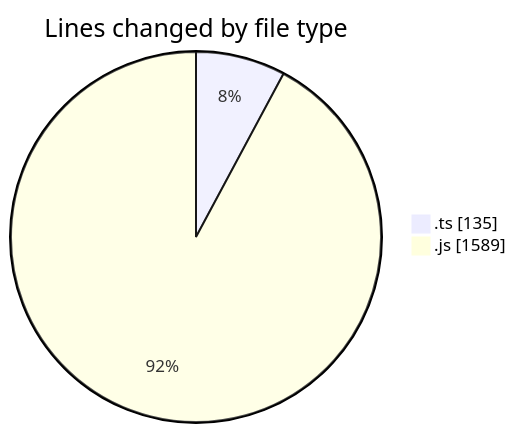
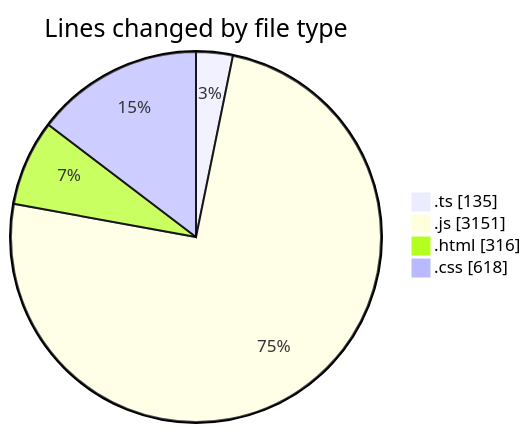
Before and after one commit to tmsrecording-cyber/code-tracking: the first of 2 diagrams in 2026-04-25/darkwire/README.md, drawn with Mermaid. The commit also changed other lines of this file and 1 other file, not shown here.

````diff
--- a/2026-04-25/darkwire/README.md
+++ b/2026-04-25/darkwire/README.md
@@ -25,6 +30,8 @@
 ```mermaid
 pie showData
 title Lines changed by file type
 ".ts" : 135
-".js" : 1589
+".js" : 3151
+".html" : 316
+".css" : 618
 ```
````
